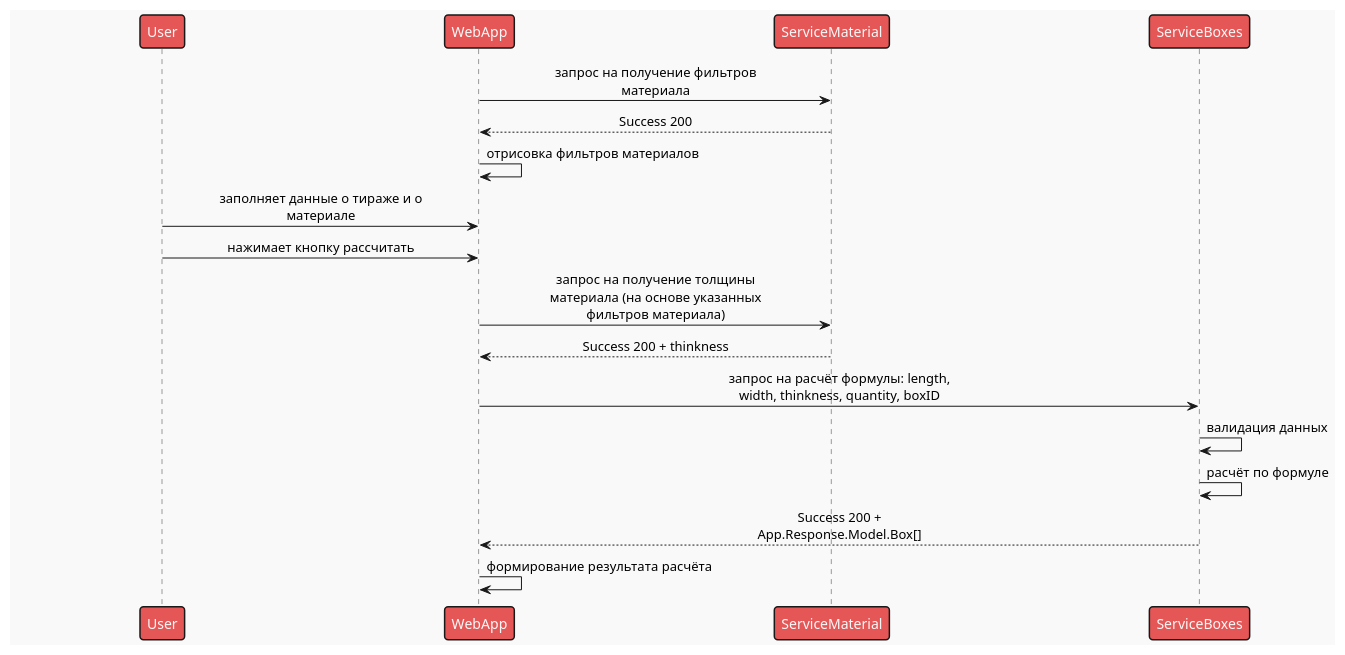
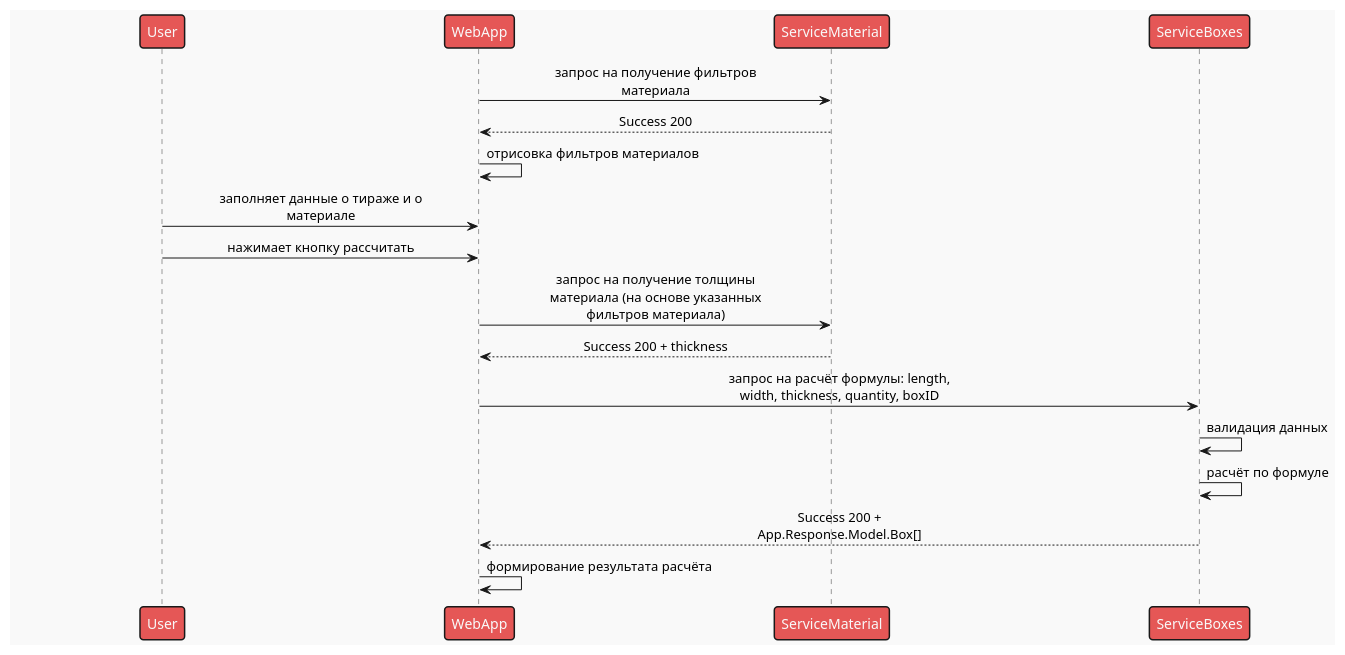
Before and after one commit to mondegor/print-shop-back: the diagram in docs/SD/widget.box.md, drawn with PlantUML. The commit also changed other lines of this file and 114 other files, not shown here.

````diff
--- a/docs/SD/widget.box.md
+++ b/docs/SD/widget.box.md
@@ -3,36 +3,37 @@
 ```plantuml
 @startuml
 !theme mars
 
 skinparam {
     MaxMessageSize 250
 }
 
 skinparam sequence {
     ParticipantPadding 125
     MessageAlign center
 }
 
 participant "User" as user order 10
 participant "WebApp" as app order 20
 participant "ServiceMaterial" as sm order 30
 participant "ServiceBoxes" as sb order 40
 
 app -> sm: запрос на получение фильтров материала
 app <-- sm: Success 200
 app -> app: отрисовка фильтров материалов
 
 user -> app: заполняет данные о тираже и о материале
 user -> app: нажимает кнопку рассчитать
 
 app -> sm: запрос на получение толщины материала (на основе указанных фильтров материала)
-app <-- sm: Success 200 + thinkness
+app <-- sm: Success 200 + thickness
 
-app -> sb: запрос на расчёт формулы: length, width, thinkness, quantity, boxID
+
+app -> sb: запрос на расчёт формулы: length, width, thickness, quantity, boxID
 sb -> sb: валидация данных
 sb -> sb: расчёт по формуле
 app <-- sb: Success 200 + App.Response.Model.Box[]
 app -> app: формирование результата расчёта
 
 @enduml
 ```
````
